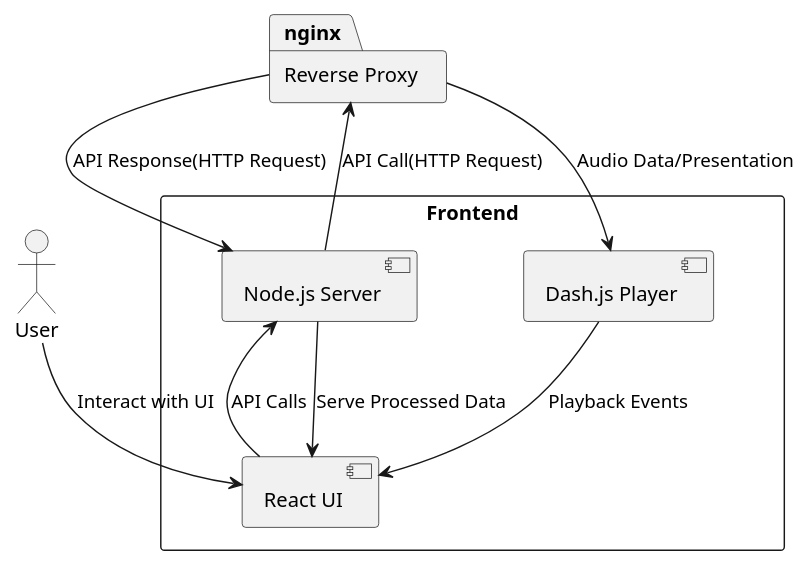
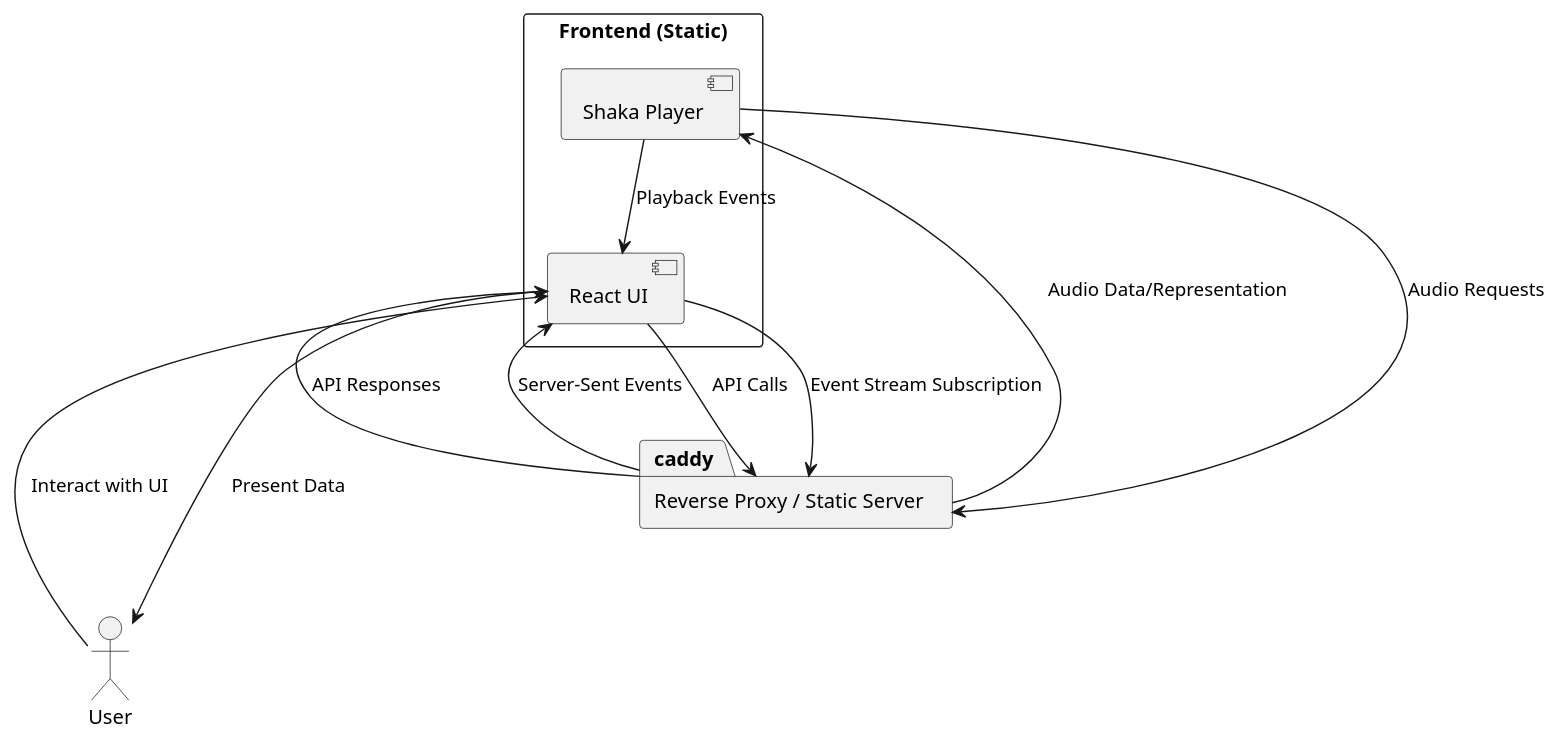
Before and after one commit to ddrddrr/musikk: the diagram in specification/analysis/frontend.puml, drawn with PlantUML. The commit also changed 28 other files, not shown here.

```diff
--- a/specification/analysis/frontend.puml
+++ b/specification/analysis/frontend.puml
@@ -1,25 +1,25 @@
 @startuml FrontendSystem
 
 actor User as user
 
 skinparam packageStyle rectangle
 
-package "Reverse Proxy" as nginx
+package "Reverse Proxy / Static Server" as caddy
 
-package "Frontend" as frontend {
-    [Node.js Server] as node
-    [Dash.js Player] as dashjs
+package "Frontend (Static)" as frontend {
     [React UI] as react
+    [Shaka Player] as shaka
 }
 
-node --> nginx : API Call(HTTP Request)
-nginx --> node : API Response(HTTP Request)
+user ---> react : Interact with UI
+react ---> user : Present Data
+react ---> caddy : API Calls
+react ---> caddy : Event Stream Subscription
+caddy ---> react : API Responses
+caddy ---> react: Server-Sent Events
 
-user --> react : Interact with UI
-react --> node : API Calls
-node --> react : Serve Processed Data
-
-nginx --> dashjs : Audio Data/Presentation
-dashjs --> react : Playback Events
+shaka ---> caddy : Audio Requests
+caddy ---> shaka : Audio Data/Representation
+shaka --> react : Playback Events
 
 @enduml
```
